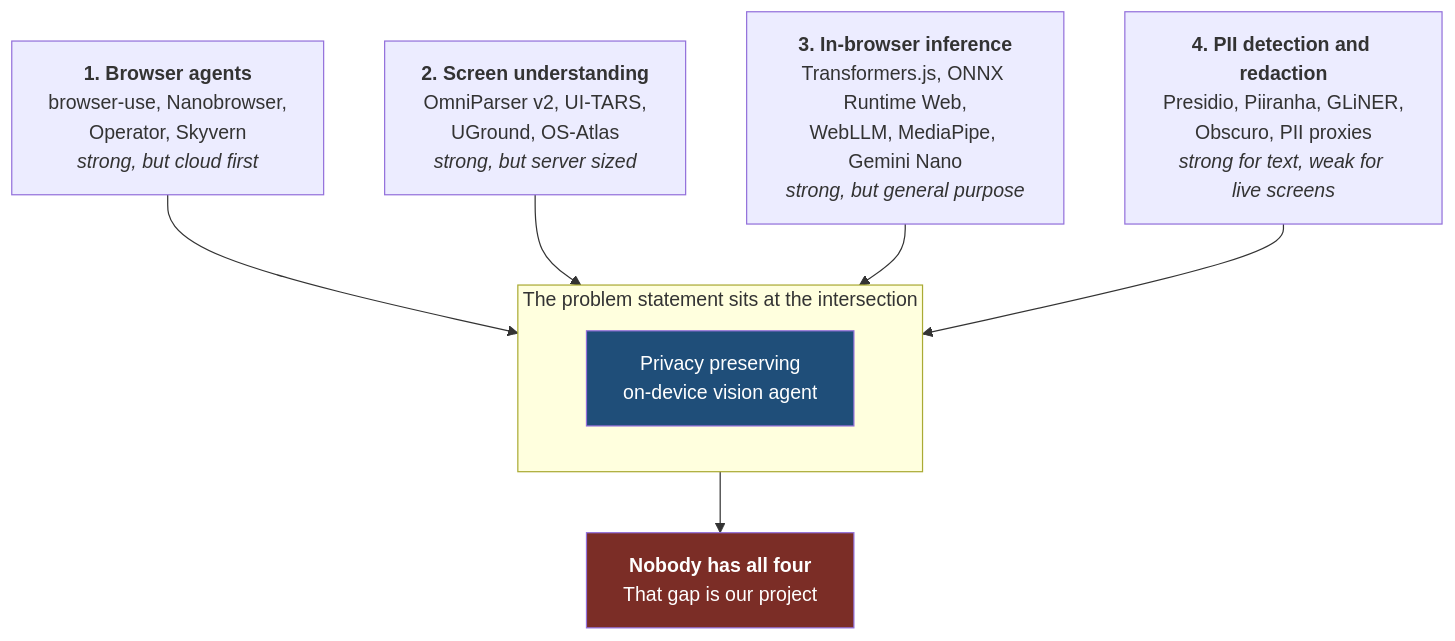
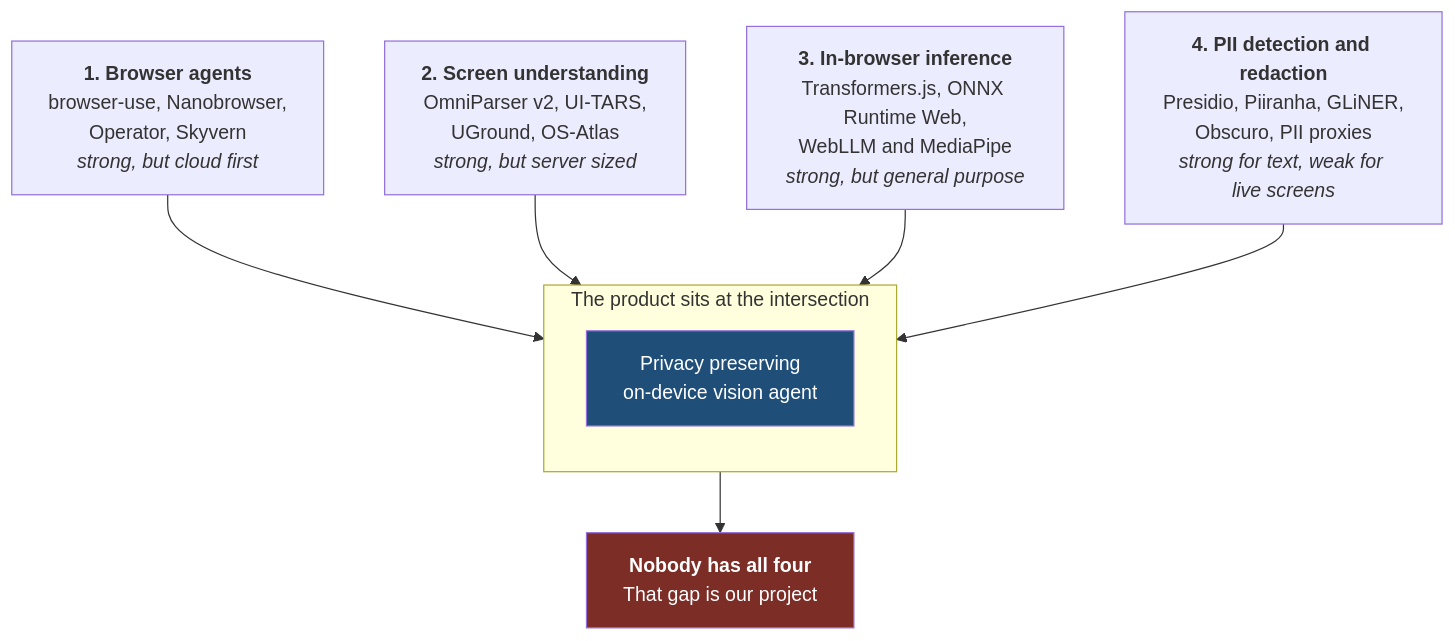
One commit to BhoomiAgrawal12/browser-vision-agent changed the first of 13 diagrams in docs/REPORT.md. Above: the diagram before and after it, drawn with Mermaid. The commit also changed other lines of this file and 7 other files, not shown here.

````diff
--- a/docs/REPORT.md
+++ b/docs/REPORT.md
@@ -128,14 +125,14 @@
 ```mermaid
 flowchart TB
-    subgraph P["The problem statement sits at the intersection"]
+    subgraph P["The product sits at the intersection"]
         direction TB
         X["Privacy preserving<br/>on-device vision agent"]
     end
     A["<b>1. Browser agents</b><br/>browser-use, Nanobrowser,<br/>Operator, Skyvern<br/><i>strong, but cloud first</i>"] --> X
     B["<b>2. Screen understanding</b><br/>OmniParser v2, UI-TARS,<br/>UGround, OS-Atlas<br/><i>strong, but server sized</i>"] --> X
-    C["<b>3. In-browser inference</b><br/>Transformers.js, ONNX Runtime Web,<br/>WebLLM, MediaPipe, Gemini Nano<br/><i>strong, but general purpose</i>"] --> X
+    C["<b>3. In-browser inference</b><br/>Transformers.js, ONNX Runtime Web,<br/>WebLLM and MediaPipe<br/><i>strong, but general purpose</i>"] --> X
     D["<b>4. PII detection and redaction</b><br/>Presidio, Piiranha, GLiNER,<br/>Obscuro, PII proxies<br/><i>strong for text, weak for live screens</i>"] --> X
     X --> R["<b>Nobody has all four</b><br/>That gap is our project"]
     style X fill:#1f4e79,color:#ffffff
     style R fill:#7b2d26,color:#ffffff
 ```
````
